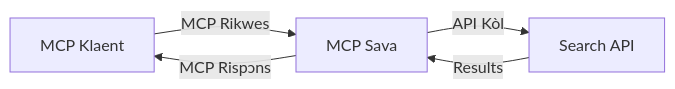
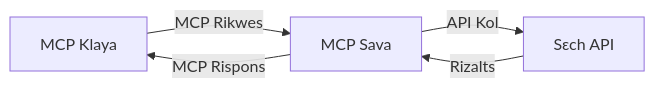
One commit to microsoft/mcp-for-beginners changed the second of 4 diagrams in translations/pcm/05-AdvancedTopics/mcp-realtimesearch/README.md. Above: the diagram before and after it, drawn with Mermaid. The commit also changed other lines of this file and 138 other files, not shown here.

````diff
--- a/translations/pcm/05-AdvancedTopics/mcp-realtimesearch/README.md
+++ b/translations/pcm/05-AdvancedTopics/mcp-realtimesearch/README.md
@@ -598,7 +600,7 @@
 ```mermaid
 graph LR
-    Client[MCP Klaent] --> |MCP Rikwes| Server[MCP Sava]
-    Server --> |API Kòl| SearchAPI[Search API]
-    SearchAPI --> |Results| Server
-    Server --> |MCP Rispɔns| Client
+    Client[MCP Klaya] --> |MCP Rikwes| Server[MCP Sava]
+    Server --> |API Kol| SearchAPI[Sɛch API]
+    SearchAPI --> |Rizalts| Server
+    Server --> |MCP Rispons| Client
 ```
````
